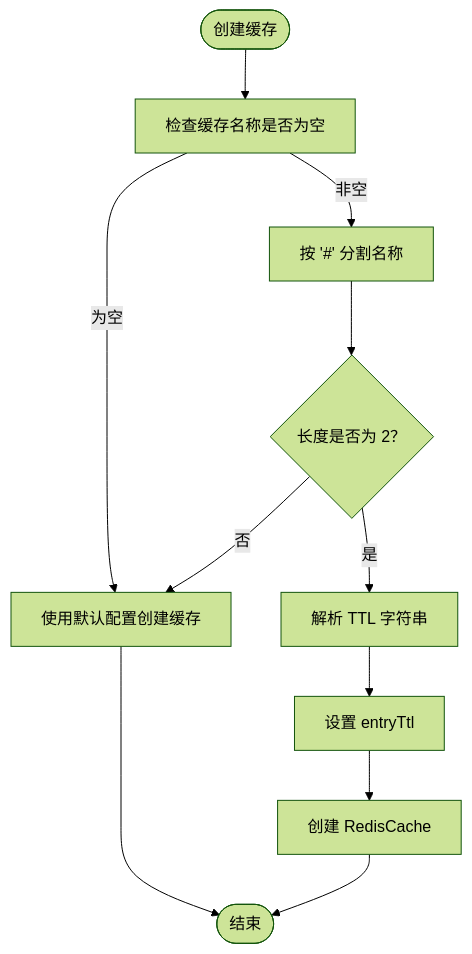
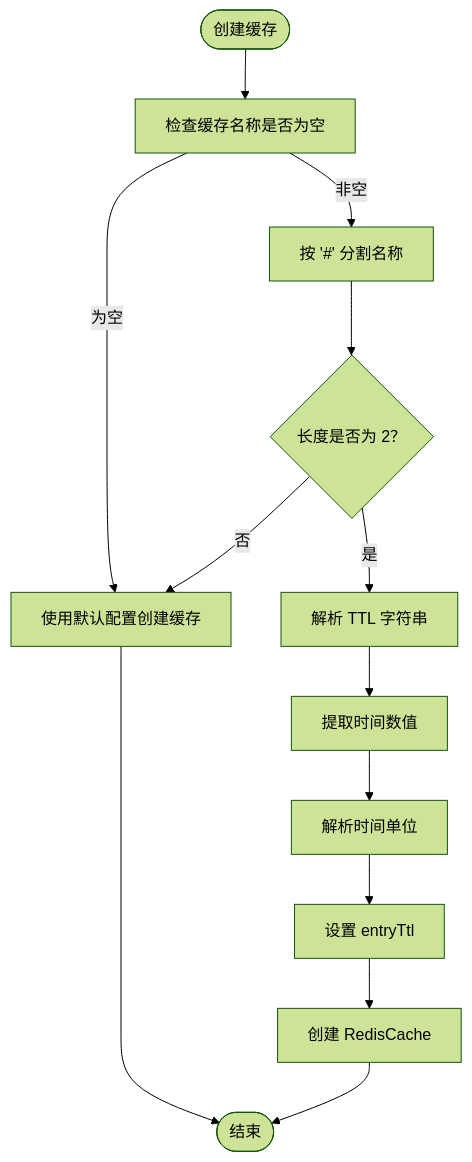
The fourth of 7 diagrams in .qoder/repowiki/zh/content/核心模块/工具类库/缓存工具类.md (guanglei93/pandora-cloud), drawn with Mermaid (forest theme) before and after one commit. The commit also changed other lines of this file and 1 other file, not shown here.

````diff
--- a/.qoder/repowiki/zh/content/核心模块/工具类库/缓存工具类.md
+++ b/.qoder/repowiki/zh/content/核心模块/工具类库/缓存工具类.md
@@ -129,13 +160,15 @@
 ```mermaid
 flowchart TD
 Start(["创建缓存"]) --> CheckName["检查缓存名称是否为空"]
 CheckName --> |为空| UseDefault["使用默认配置创建缓存"]
 CheckName --> |非空| Split["按 '#' 分割名称"]
 Split --> LenCheck{"长度是否为 2？"}
 LenCheck --> |否| UseDefault
 LenCheck --> |是| ParseTTL["解析 TTL 字符串"]
-ParseTTL --> ApplyTTL["设置 entryTtl"]
+ParseTTL --> ExtractTime["提取时间数值"]
+ExtractTime --> ParseUnit["解析时间单位"]
+ParseUnit --> ApplyTTL["设置 entryTtl"]
 ApplyTTL --> CreateCache["创建 RedisCache"]
 UseDefault --> End(["结束"])
 CreateCache --> End
 ```
````
